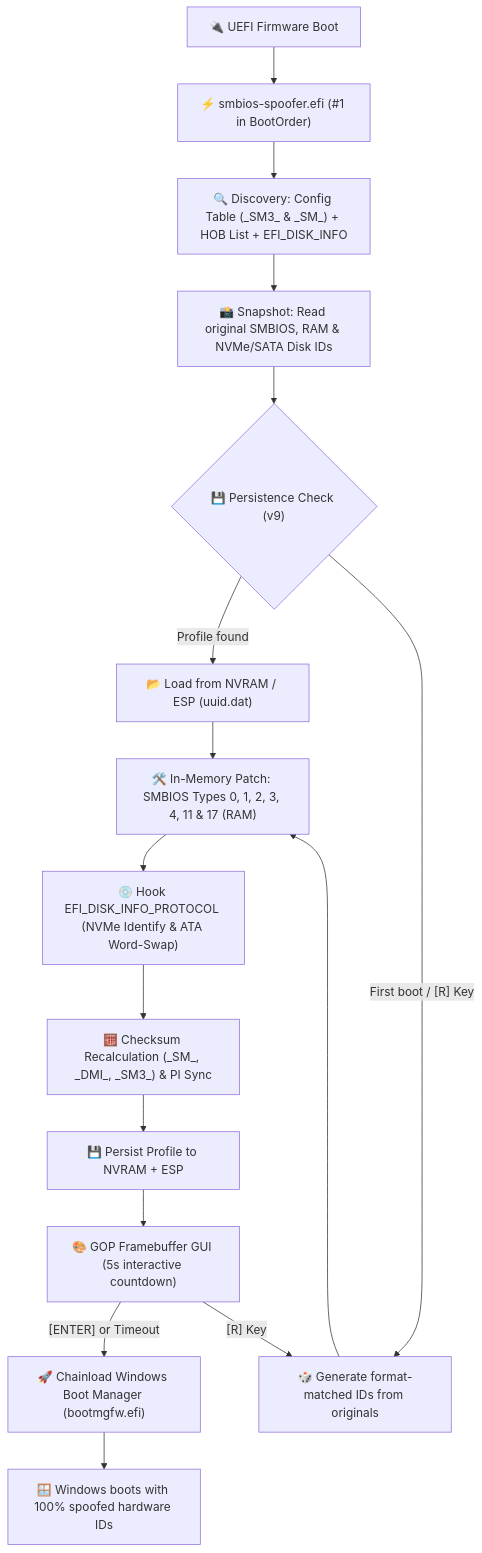
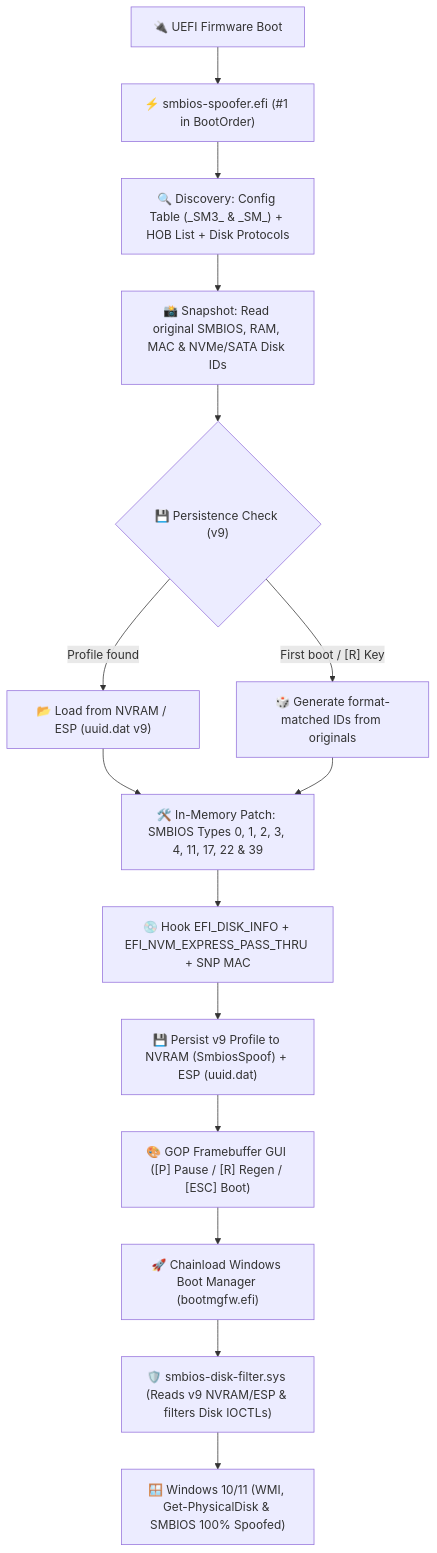
Before and after one commit to 7ShIkI3/smbios-spoofer-rs: the diagram in README.md, drawn with Mermaid. The commit also changed other lines of this file and 10 other files, not shown here.

Commit message:
feat: add Windows Ring 0 WDM disk filter driver (smbios-disk-filter.sys) & update README

````diff
--- a/README.md
+++ b/README.md
@@ -91,18 +115,17 @@
 ```mermaid
 flowchart TD
     A["🔌 UEFI Firmware Boot"] --> B["⚡ smbios-spoofer.efi (#1 in BootOrder)"]
-    B --> C["🔍 Discovery: Config Table (_SM3_ & _SM_) + HOB List + EFI_DISK_INFO"]
-    C --> D["📸 Snapshot: Read original SMBIOS, RAM & NVMe/SATA Disk IDs"]
+    B --> C["🔍 Discovery: Config Table (_SM3_ & _SM_) + HOB List + Disk Protocols"]
+    C --> D["📸 Snapshot: Read original SMBIOS, RAM, MAC & NVMe/SATA Disk IDs"]
     D --> E{"💾 Persistence Check (v9)"}
-    E -- "Profile found" --> F["📂 Load from NVRAM / ESP (uuid.dat)"]
+    E -- "Profile found" --> F["📂 Load from NVRAM / ESP (uuid.dat v9)"]
     E -- "First boot / [R] Key" --> G["🎲 Generate format-matched IDs from originals"]
-    F --> H["🛠️ In-Memory Patch: SMBIOS Types 0, 1, 2, 3, 4, 11 & 17 (RAM)"]
+    F --> H["🛠️ In-Memory Patch: SMBIOS Types 0, 1, 2, 3, 4, 11, 17, 22 & 39"]
     G --> H
-    H --> I["💿 Hook EFI_DISK_INFO_PROTOCOL (NVMe Identify & ATA Word-Swap)"]
-    I --> J["🧮 Checksum Recalculation (_SM_, _DMI_, _SM3_) & PI Sync"]
-    J --> K["💾 Persist Profile to NVRAM + ESP"]
-    K --> L["🎨 GOP Framebuffer GUI (5s interactive countdown)"]
-    L -- "[ENTER] or Timeout" --> M["🚀 Chainload Windows Boot Manager (bootmgfw.efi)"]
-    L -- "[R] Key" --> G
-    M --> N["🪟 Windows boots with 100% spoofed hardware IDs"]
+    H --> I["💿 Hook EFI_DISK_INFO + EFI_NVM_EXPRESS_PASS_THRU + SNP MAC"]
+    I --> J["💾 Persist v9 Profile to NVRAM (SmbiosSpoof) + ESP (uuid.dat)"]
+    J --> K["🎨 GOP Framebuffer GUI ([P] Pause / [R] Regen / [ESC] Boot)"]
+    K --> L["🚀 Chainload Windows Boot Manager (bootmgfw.efi)"]
+    L --> M["🛡️ smbios-disk-filter.sys (Reads v9 NVRAM/ESP & filters Disk IOCTLs)"]
+    M --> N["🪟 Windows 10/11 (WMI, Get-PhysicalDisk & SMBIOS 100% Spoofed)"]
 ```
````
